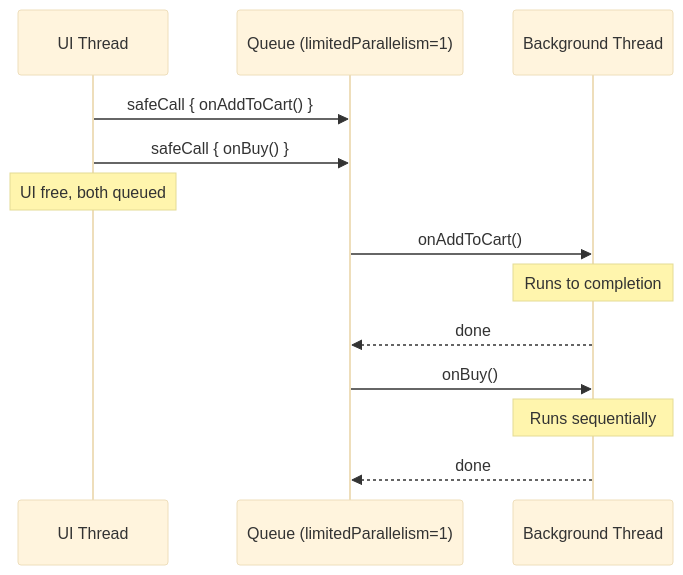
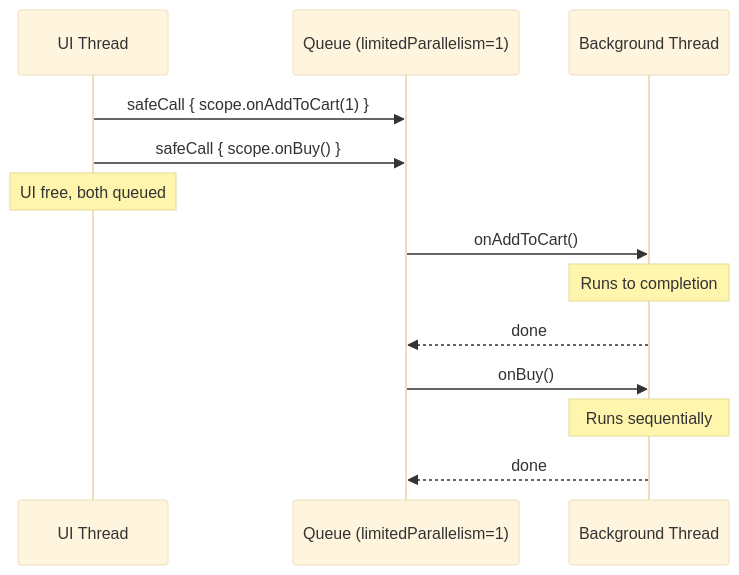
One commit to mrcdom/wdc-cube-kotlin changed the third of 9 diagrams in docs/architecture-cube-compose.md. Above: the diagram before and after it, drawn with Mermaid (base theme). The commit also changed other lines of this file and 14 other files, not shown here.

````diff
--- a/docs/architecture-cube-compose.md
+++ b/docs/architecture-cube-compose.md
@@ -137,18 +138,18 @@
 ```mermaid
 sequenceDiagram
     participant UI as UI Thread
     participant Q as Queue (limitedParallelism=1)
     participant BG as Background Thread
 
-    UI->>Q: safeCall { onAddToCart() }
-    UI->>Q: safeCall { onBuy() }
+    UI->>Q: safeCall { scope.onAddToCart(1) }
+    UI->>Q: safeCall { scope.onBuy() }
     Note over UI: UI free, both queued
 
     Q->>BG: onAddToCart()
     Note over BG: Runs to completion
     BG-->>Q: done
 
     Q->>BG: onBuy()
     Note over BG: Runs sequentially
     BG-->>Q: done
 ```
````
